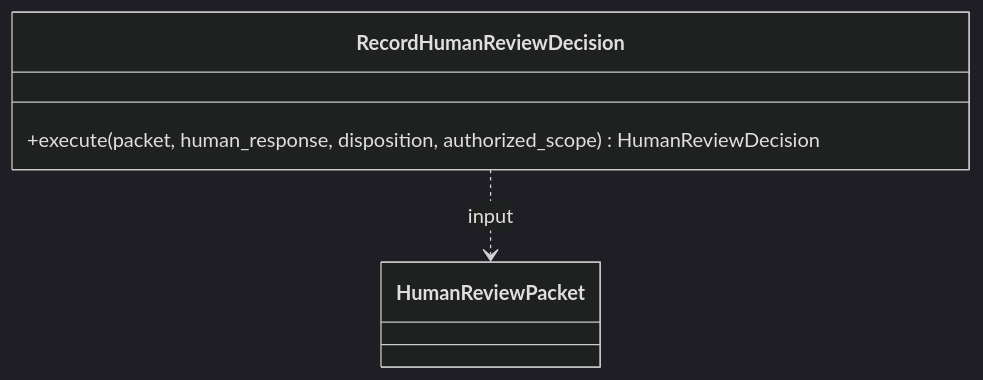
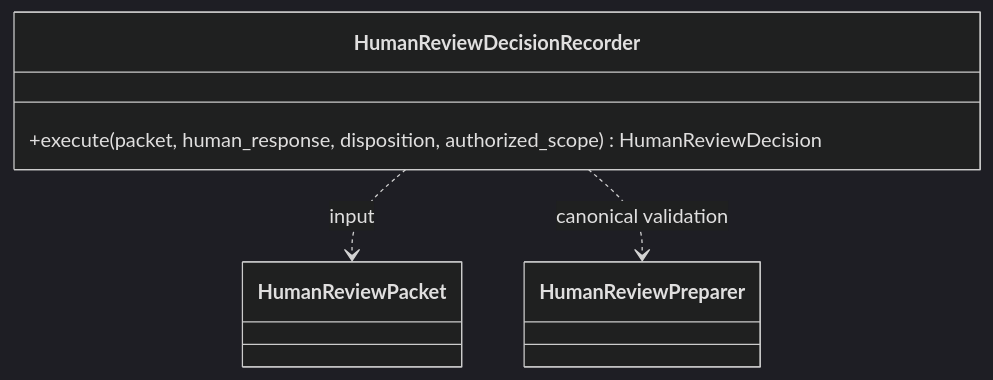
The eighth of 8 diagrams in docs/harness/ksdft2effmass.harness.003.001.002.md (eragasa/ksdft2effmass), drawn with Mermaid (dark theme) before and after one commit. The commit also changed other lines of this file and 17 other files, not shown here.

Commit message:
Correct human review decision architecture

````diff
--- a/docs/harness/ksdft2effmass.harness.003.001.002.md
+++ b/docs/harness/ksdft2effmass.harness.003.001.002.md
@@ -181,9 +185,11 @@
 ```mermaid
 classDiagram
-    class RecordHumanReviewDecision {
+    class HumanReviewDecisionRecorder {
         +execute(packet, human_response, disposition, authorized_scope) HumanReviewDecision
     }
     class HumanReviewPacket
+    class HumanReviewPreparer
 
-    RecordHumanReviewDecision ..> HumanReviewPacket : input
+    HumanReviewDecisionRecorder ..> HumanReviewPacket : input
+    HumanReviewDecisionRecorder ..> HumanReviewPreparer : canonical validation
 ```
````
